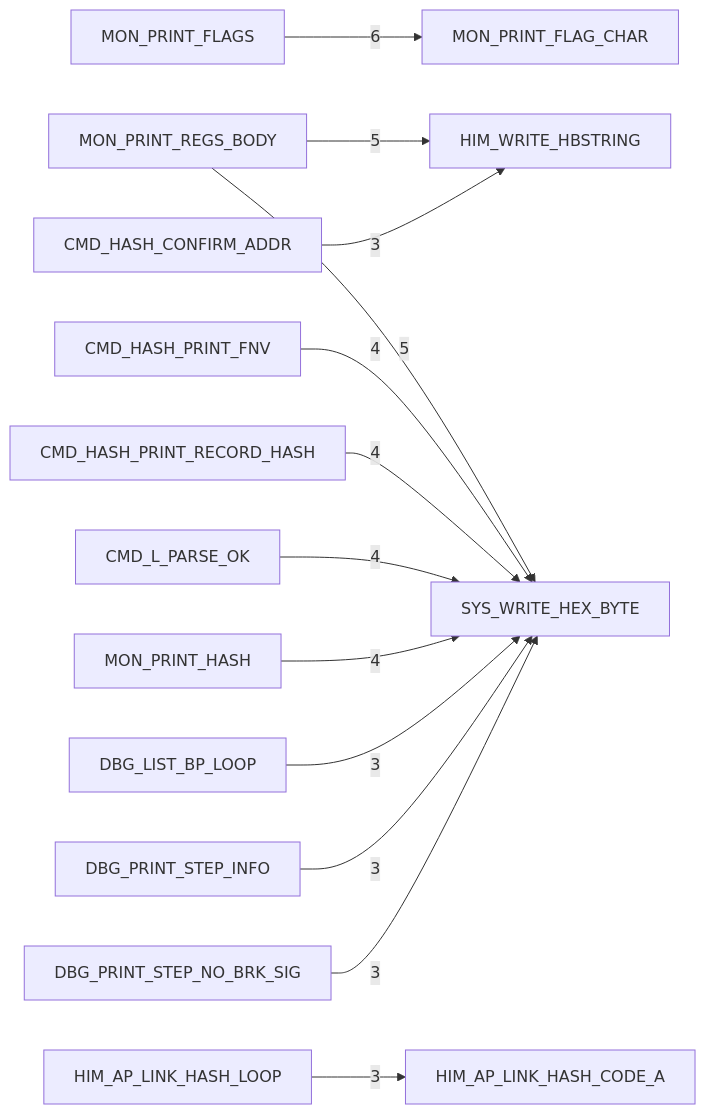
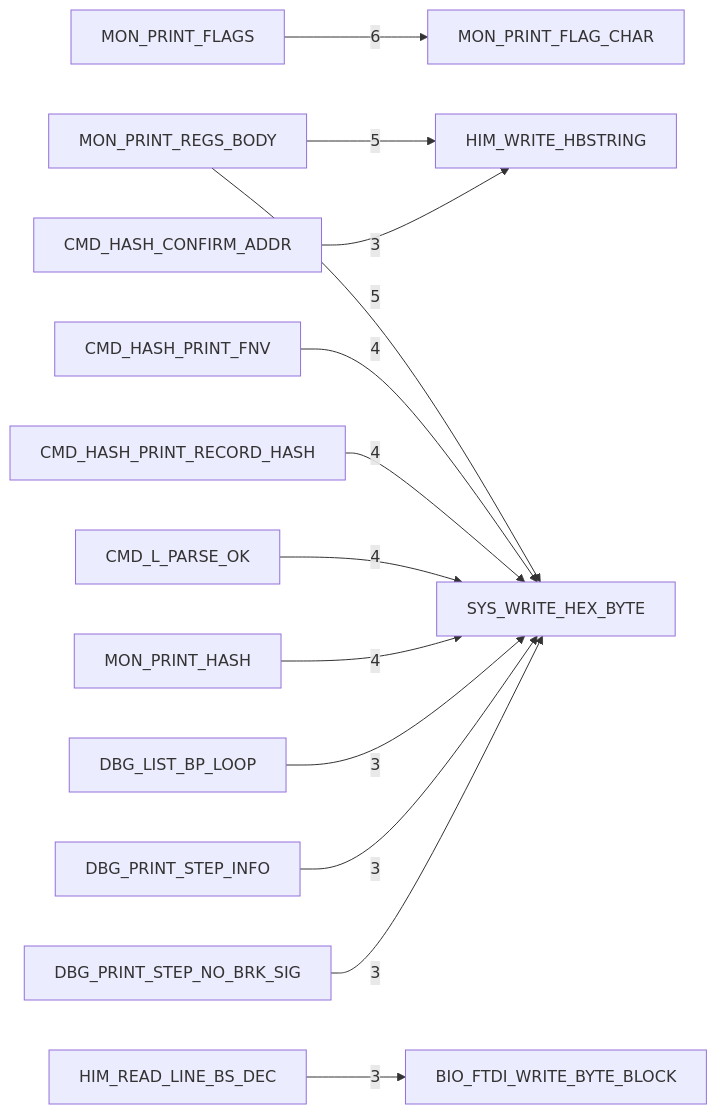
Before and after one commit to 95westus/R-YORS: the second of 6 diagrams in DOC/GENERATED/HIMON_ROUTINE_TREE.md, drawn with Mermaid. The commit also changed other lines of this file and 45 other files, not shown here.

````diff
--- a/DOC/GENERATED/HIMON_ROUTINE_TREE.md
+++ b/DOC/GENERATED/HIMON_ROUTINE_TREE.md
@@ -26,15 +26,15 @@
 ```mermaid
 flowchart LR
     N_MON_PRINT_FLAGS[MON_PRINT_FLAGS] -->|6| N_MON_PRINT_FLAG_CHAR[MON_PRINT_FLAG_CHAR]
     N_MON_PRINT_REGS_BODY[MON_PRINT_REGS_BODY] -->|5| N_HIM_WRITE_HBSTRING[HIM_WRITE_HBSTRING]
     N_MON_PRINT_REGS_BODY[MON_PRINT_REGS_BODY] -->|5| N_SYS_WRITE_HEX_BYTE[SYS_WRITE_HEX_BYTE]
     N_CMD_HASH_PRINT_FNV[CMD_HASH_PRINT_FNV] -->|4| N_SYS_WRITE_HEX_BYTE[SYS_WRITE_HEX_BYTE]
     N_CMD_HASH_PRINT_RECORD_HASH[CMD_HASH_PRINT_RECORD_HASH] -->|4| N_SYS_WRITE_HEX_BYTE[SYS_WRITE_HEX_BYTE]
     N_CMD_L_PARSE_OK[CMD_L_PARSE_OK] -->|4| N_SYS_WRITE_HEX_BYTE[SYS_WRITE_HEX_BYTE]
     N_MON_PRINT_HASH[MON_PRINT_HASH] -->|4| N_SYS_WRITE_HEX_BYTE[SYS_WRITE_HEX_BYTE]
     N_CMD_HASH_CONFIRM_ADDR[CMD_HASH_CONFIRM_ADDR] -->|3| N_HIM_WRITE_HBSTRING[HIM_WRITE_HBSTRING]
     N_DBG_LIST_BP_LOOP[DBG_LIST_BP_LOOP] -->|3| N_SYS_WRITE_HEX_BYTE[SYS_WRITE_HEX_BYTE]
     N_DBG_PRINT_STEP_INFO[DBG_PRINT_STEP_INFO] -->|3| N_SYS_WRITE_HEX_BYTE[SYS_WRITE_HEX_BYTE]
     N_DBG_PRINT_STEP_NO_BRK_SIG[DBG_PRINT_STEP_NO_BRK_SIG] -->|3| N_SYS_WRITE_HEX_BYTE[SYS_WRITE_HEX_BYTE]
-    N_HIM_AP_LINK_HASH_LOOP[HIM_AP_LINK_HASH_LOOP] -->|3| N_HIM_AP_LINK_HASH_CODE_A[HIM_AP_LINK_HASH_CODE_A]
+    N_HIM_READ_LINE_BS_DEC[HIM_READ_LINE_BS_DEC] -->|3| N_BIO_FTDI_WRITE_BYTE_BLOCK[BIO_FTDI_WRITE_BYTE_BLOCK]
 ```
````
